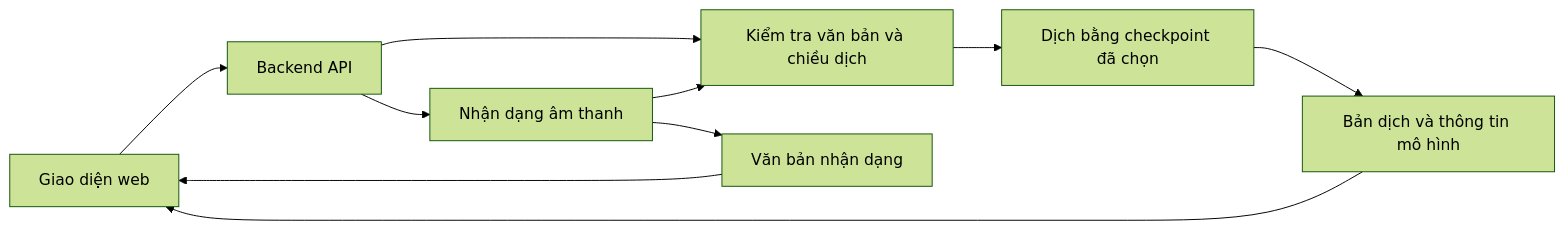
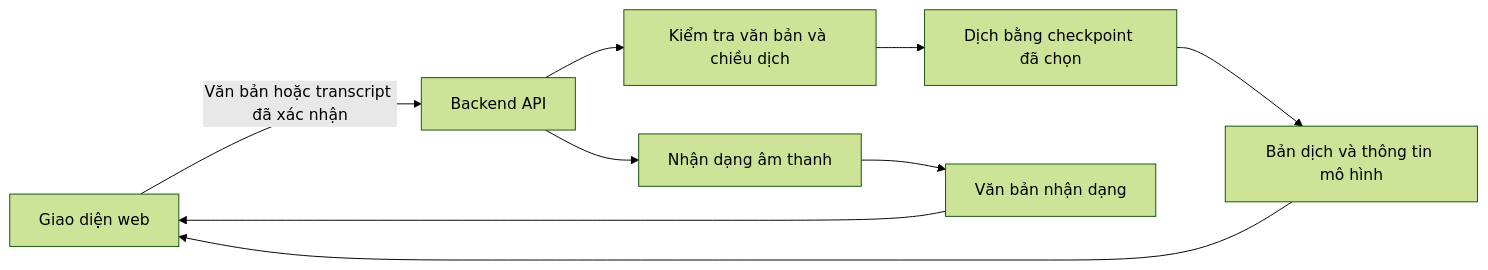
Before and after one commit to thangpham0906/IE501-DoAnTotNghiep: the second of 2 diagrams in ARCHITECTURE.md, drawn with Mermaid (forest theme). The commit also changed other lines of this file and 3 other files, not shown here.

````diff
--- a/ARCHITECTURE.md
+++ b/ARCHITECTURE.md
@@ -144,12 +144,11 @@
 ```mermaid
 flowchart LR
-    U[Giao diện web] --> API[Backend API]
+    U[Giao diện web] -->|Văn bản hoặc transcript đã xác nhận| API[Backend API]
     API --> TXT[Kiểm tra văn bản và chiều dịch]
     TXT --> MT[Dịch bằng checkpoint đã chọn]
     API --> ASR[Nhận dạng âm thanh]
-    ASR --> TXT
     MT --> R[Bản dịch và thông tin mô hình]
     ASR --> TR[Văn bản nhận dạng]
     R --> U
     TR --> U
 ```
````
